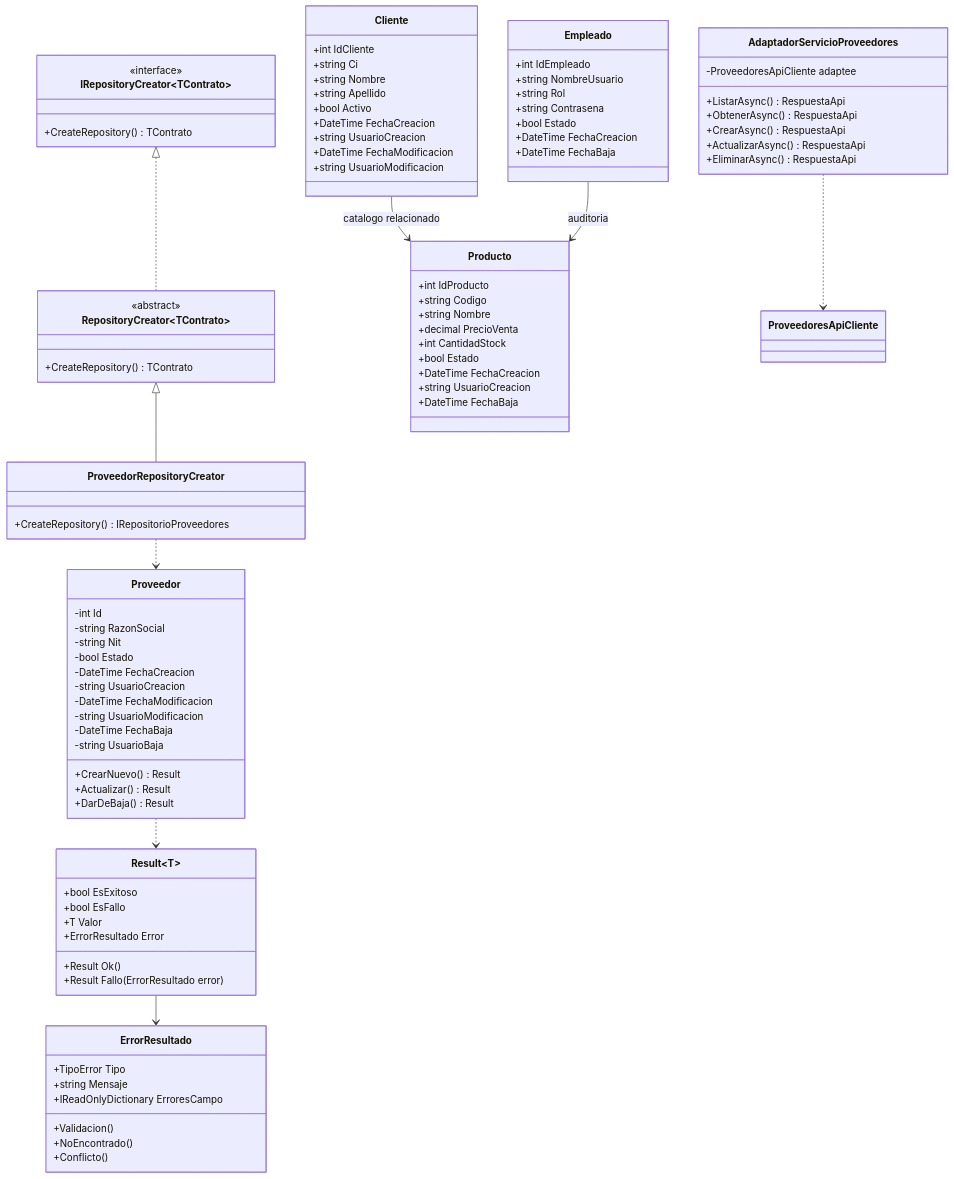
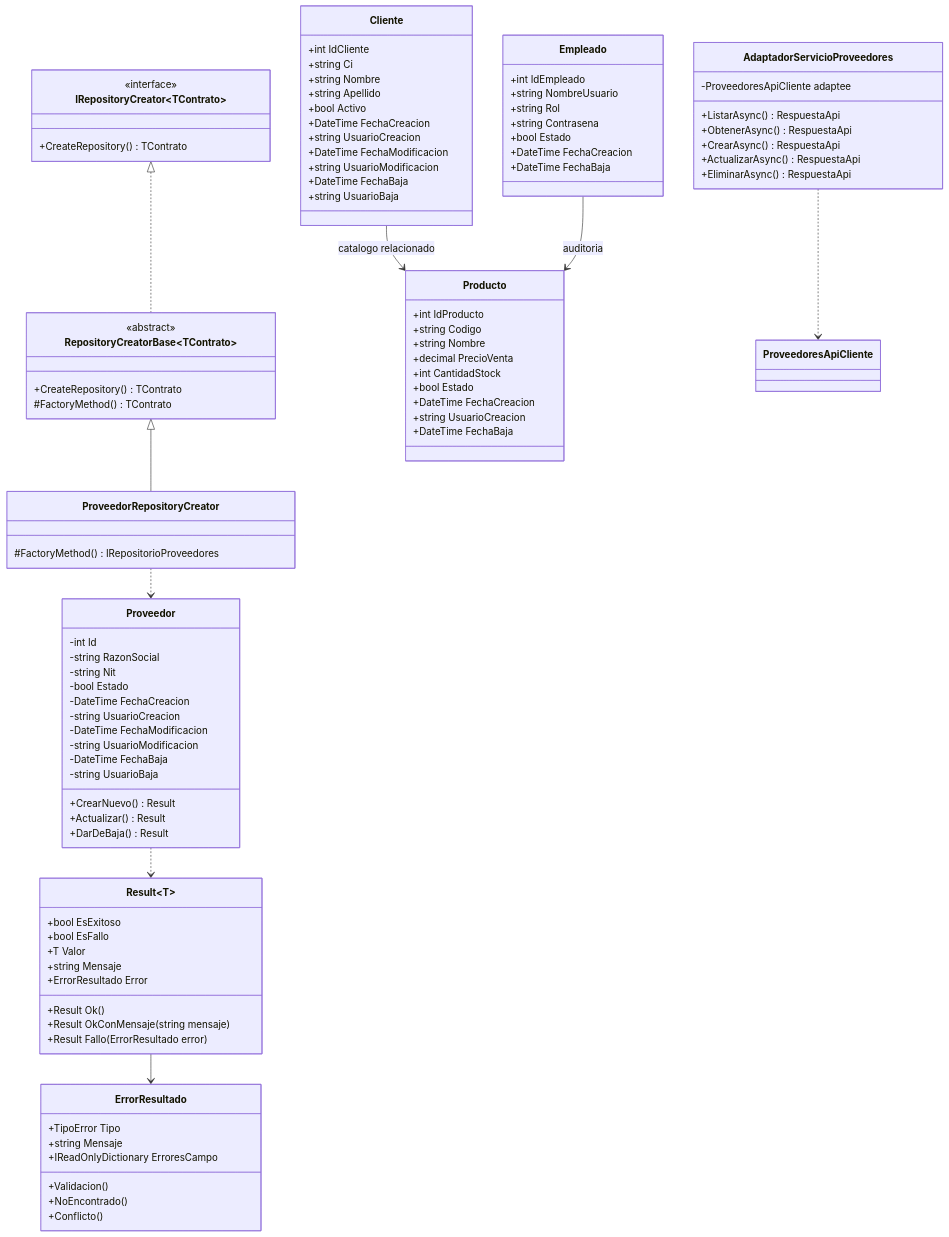
One commit to Macacofig/Ferreteria_Joel_MicroServicios changed the fifth of 10 diagrams in FERRETERIA_JOEL_Web/Documentacion/Documento_Entregable_Unico.md. Above: the diagram before and after it, drawn with Mermaid. The commit also changed other lines of this file and 39 other files, not shown here.

Commit message:
fix: atender observaciones de Factory Method, Result y auditoria de baja

```diff
--- a/FERRETERIA_JOEL_Web/Documentacion/Documento_Entregable_Unico.md
+++ b/FERRETERIA_JOEL_Web/Documentacion/Documento_Entregable_Unico.md
@@ -281,8 +283,10 @@
         +bool EsExitoso
         +bool EsFallo
         +T Valor
+        +string Mensaje
         +ErrorResultado Error
         +Result Ok()
+        +Result OkConMensaje(string mensaje)
         +Result Fallo(ErrorResultado error)
     }
 
@@ -300,13 +304,14 @@
         +CreateRepository() TContrato
     }
 
-    class RepositoryCreator~TContrato~ {
+    class RepositoryCreatorBase~TContrato~ {
         <<abstract>>
         +CreateRepository() TContrato
+        #FactoryMethod() TContrato
     }
 
     class ProveedorRepositoryCreator {
-        +CreateRepository() IRepositorioProveedores
+        #FactoryMethod() IRepositorioProveedores
     }
 
     class AdaptadorServicioProveedores {
@@ -344,6 +349,8 @@
         +string UsuarioCreacion
         +DateTime FechaModificacion
         +string UsuarioModificacion
+        +DateTime FechaBaja
+        +string UsuarioBaja
     }
 
     class Producto {
@@ -369,8 +376,8 @@
     }
 
     Result~T~ --> ErrorResultado
-    IRepositoryCreator~TContrato~ <|.. RepositoryCreator~TContrato~
-    RepositoryCreator~TContrato~ <|-- ProveedorRepositoryCreator
+    IRepositoryCreator~TContrato~ <|.. RepositoryCreatorBase~TContrato~
+    RepositoryCreatorBase~TContrato~ <|-- ProveedorRepositoryCreator
     AdaptadorServicioProveedores ..> ProveedoresApiCliente
     ProveedorRepositoryCreator ..> Proveedor
     Proveedor ..> Result~T~
```
